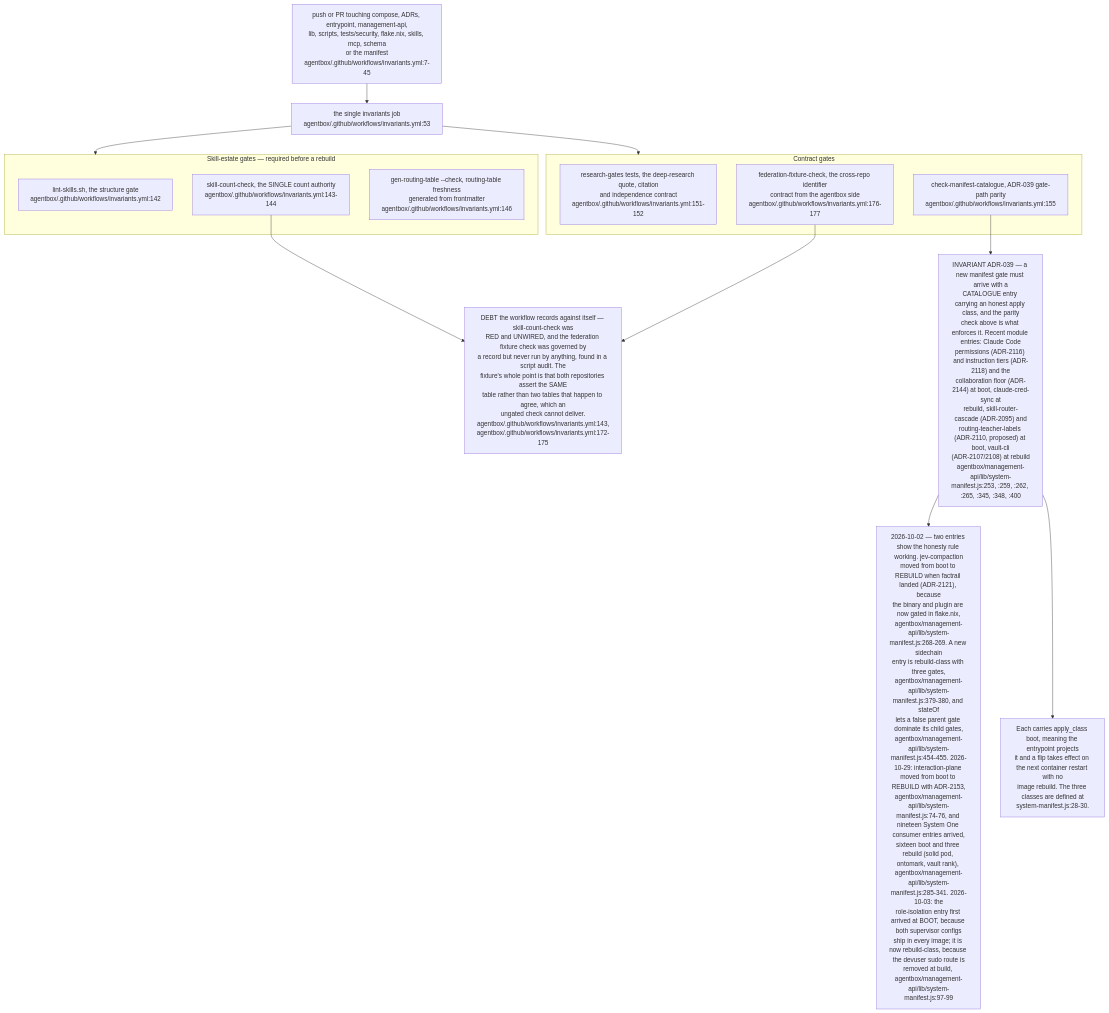
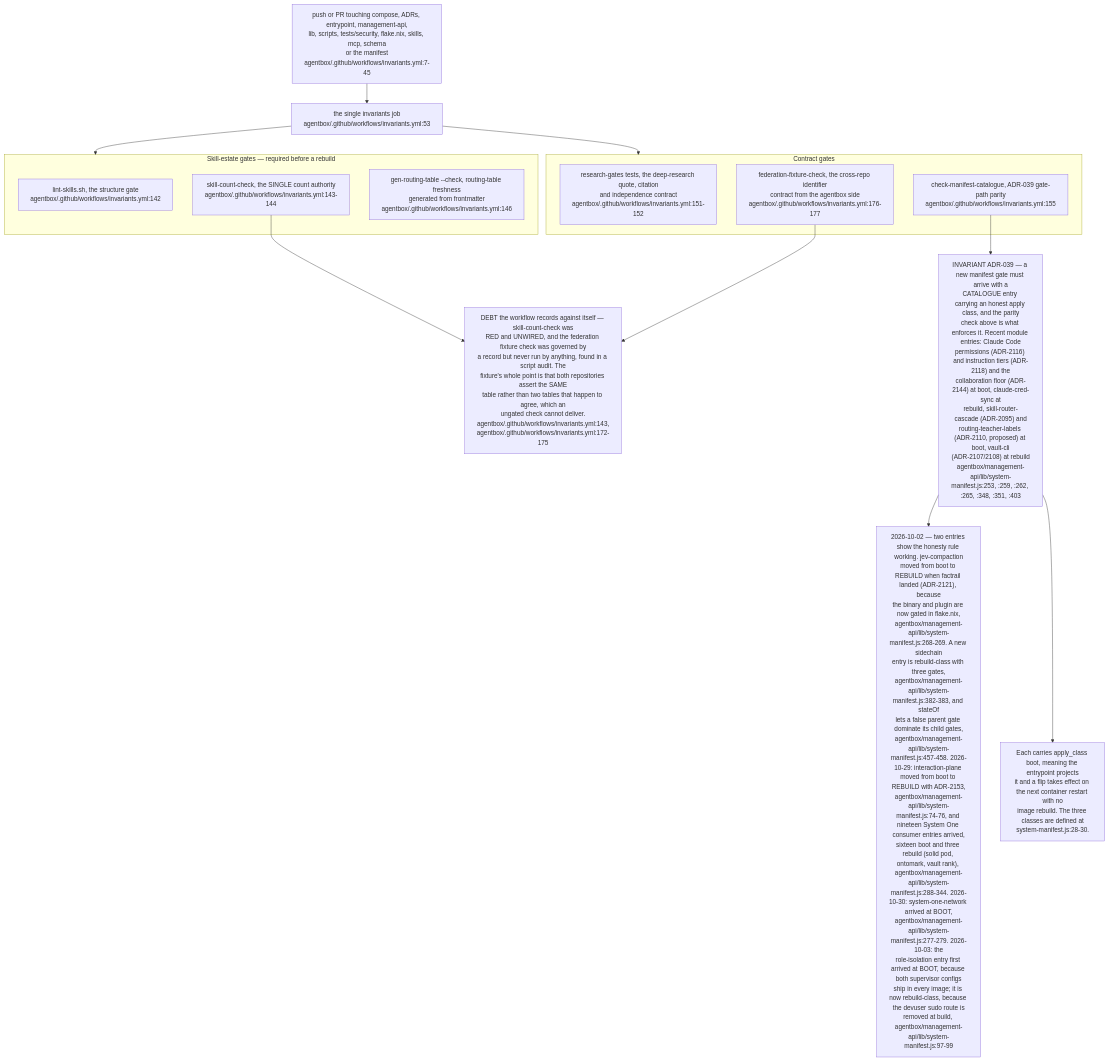
Before and after one commit to DreamLab-AI/VisionFlow: diagram 22 of 24 in docs/diagrams/estate/09-build-deploy-and-ci-estate.md, drawn with Mermaid. The commit also changed other lines of this file and 142 other files, not shown here.

First line of the commit message:
docs(diagrams): one System One route; re-verify 140 topics at today's heads

````diff
--- a/docs/diagrams/estate/09-build-deploy-and-ci-estate.md
+++ b/docs/diagrams/estate/09-build-deploy-and-ci-estate.md
@@ -761,32 +761,32 @@
 ```mermaid
 flowchart TB
     TRIG["push or PR touching compose, ADRs, entrypoint, management-api,<br/>lib, scripts, tests/security, flake.nix, skills, mcp, schema<br/>or the manifest<br/>agentbox/.github/workflows/invariants.yml:7-45"]
     JOB["the single invariants job<br/>agentbox/.github/workflows/invariants.yml:53"]
     TRIG --> JOB
 
     subgraph SKILLS["Skill-estate gates — required before a rebuild"]
         S1["lint-skills.sh, the structure gate<br/>agentbox/.github/workflows/invariants.yml:142"]
         S2["skill-count-check, the SINGLE count authority<br/>agentbox/.github/workflows/invariants.yml:143-144"]
         S3["gen-routing-table --check, routing-table freshness<br/>generated from frontmatter<br/>agentbox/.github/workflows/invariants.yml:146"]
     end
     JOB --> SKILLS
 
     subgraph CONTRACT["Contract gates"]
         C1["research-gates tests, the deep-research quote, citation<br/>and independence contract<br/>agentbox/.github/workflows/invariants.yml:151-152"]
         C2["check-manifest-catalogue, ADR-039 gate-path parity<br/>agentbox/.github/workflows/invariants.yml:155"]
         C3["federation-fixture-check, the cross-repo identifier<br/>contract from the agentbox side<br/>agentbox/.github/workflows/invariants.yml:176-177"]
     end
     JOB --> CONTRACT
 
     DEBT["DEBT the workflow records against itself — skill-count-check was<br/>RED and UNWIRED, and the federation fixture check was governed by<br/>a record but never run by anything, found in a script audit. The<br/>fixture's whole point is that both repositories assert the SAME<br/>table rather than two tables that happen to agree, which an<br/>ungated check cannot deliver.<br/>agentbox/.github/workflows/invariants.yml:143,<br/>agentbox/.github/workflows/invariants.yml:172-175"]
     S2 --> DEBT
     C3 --> DEBT
 
-    CAT["INVARIANT ADR-039 — a new manifest gate must arrive with a<br/>CATALOGUE entry carrying an honest apply class, and the parity<br/>check above is what enforces it. Recent module entries: Claude Code<br/>permissions (ADR-2116) and instruction tiers (ADR-2118) and the<br/>collaboration floor (ADR-2144) at boot, claude-cred-sync at<br/>rebuild, skill-router-cascade (ADR-2095) and<br/>routing-teacher-labels (ADR-2110, proposed) at boot, vault-cli<br/>(ADR-2107/2108) at rebuild<br/>agentbox/management-api/lib/system-manifest.js:253, :259, :262, :265, :345, :348, :400"]
-    HONEST["2026-10-02 — two entries show the honesty rule working. jev-compaction<br/>moved from boot to REBUILD when factrail landed (ADR-2121), because<br/>the binary and plugin are now gated in flake.nix,<br/>agentbox/management-api/lib/system-manifest.js:268-269. A new sidechain<br/>entry is rebuild-class with three gates,<br/>agentbox/management-api/lib/system-manifest.js:379-380, and stateOf<br/>lets a false parent gate dominate its child gates,<br/>agentbox/management-api/lib/system-manifest.js:454-455. 2026-10-29: interaction-plane moved from boot to REBUILD with ADR-2153,<br/>agentbox/management-api/lib/system-manifest.js:74-76, and nineteen System One consumer entries arrived,<br/>sixteen boot and three rebuild (solid pod, ontomark, vault rank), agentbox/management-api/lib/system-manifest.js:285-341. 2026-10-03: the<br/>role-isolation entry first arrived at BOOT, because both supervisor configs<br/>ship in every image; it is now rebuild-class, because the devuser sudo route is<br/>removed at build, agentbox/management-api/lib/system-manifest.js:97-99"]
+    CAT["INVARIANT ADR-039 — a new manifest gate must arrive with a<br/>CATALOGUE entry carrying an honest apply class, and the parity<br/>check above is what enforces it. Recent module entries: Claude Code<br/>permissions (ADR-2116) and instruction tiers (ADR-2118) and the<br/>collaboration floor (ADR-2144) at boot, claude-cred-sync at<br/>rebuild, skill-router-cascade (ADR-2095) and<br/>routing-teacher-labels (ADR-2110, proposed) at boot, vault-cli<br/>(ADR-2107/2108) at rebuild<br/>agentbox/management-api/lib/system-manifest.js:253, :259, :262, :265, :348, :351, :403"]
+    HONEST["2026-10-02 — two entries show the honesty rule working. jev-compaction<br/>moved from boot to REBUILD when factrail landed (ADR-2121), because<br/>the binary and plugin are now gated in flake.nix,<br/>agentbox/management-api/lib/system-manifest.js:268-269. A new sidechain<br/>entry is rebuild-class with three gates,<br/>agentbox/management-api/lib/system-manifest.js:382-383, and stateOf<br/>lets a false parent gate dominate its child gates,<br/>agentbox/management-api/lib/system-manifest.js:457-458. 2026-10-29: interaction-plane moved from boot to REBUILD with ADR-2153,<br/>agentbox/management-api/lib/system-manifest.js:74-76, and nineteen System One consumer entries arrived,<br/>sixteen boot and three rebuild (solid pod, ontomark, vault rank), agentbox/management-api/lib/system-manifest.js:288-344. 2026-10-30: system-one-network arrived at BOOT,<br/>agentbox/management-api/lib/system-manifest.js:277-279. 2026-10-03: the<br/>role-isolation entry first arrived at BOOT, because both supervisor configs<br/>ship in every image; it is now rebuild-class, because the devuser sudo route is<br/>removed at build, agentbox/management-api/lib/system-manifest.js:97-99"]
     CAT --> HONEST
     C2 --> CAT
 
     CLASS["Each carries apply_class boot, meaning the entrypoint projects<br/>it and a flip takes effect on the next container restart with no<br/>image rebuild. The three classes are defined at<br/>system-manifest.js:28-30."]
     CAT --> CLASS
 ```
````
